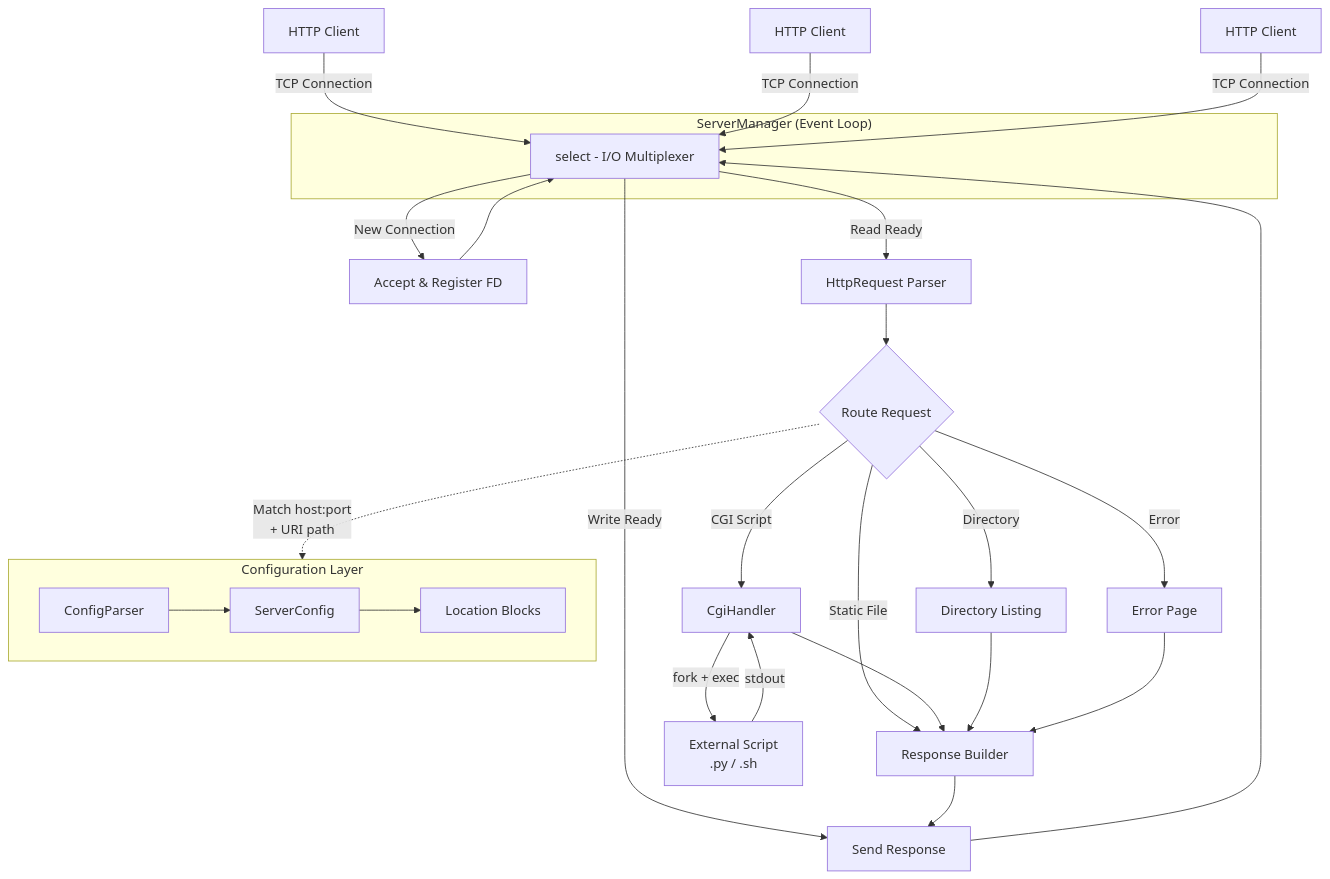
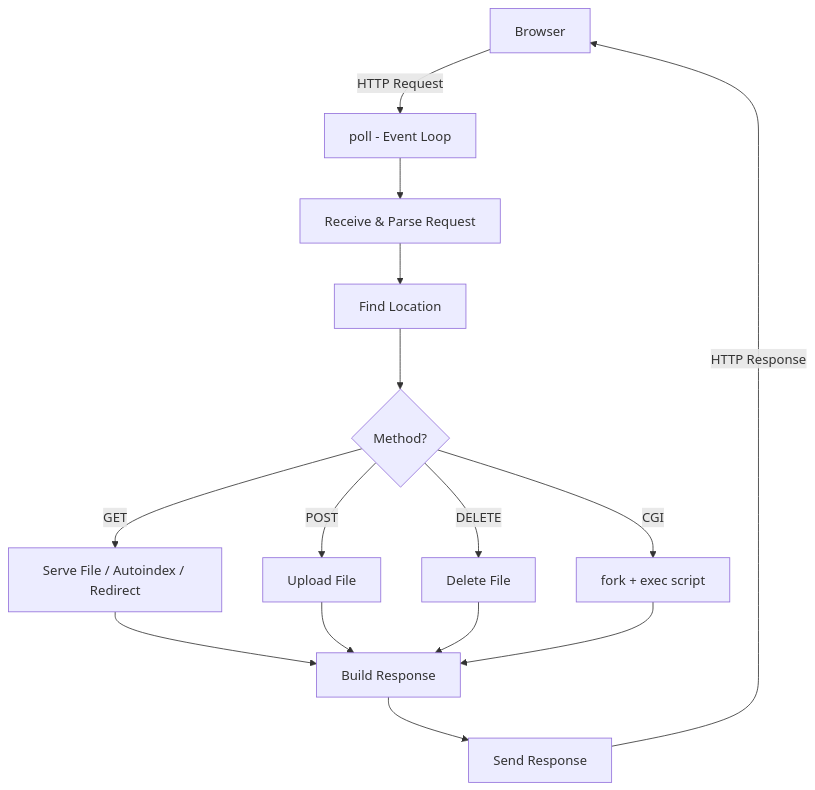
The first of 2 diagrams in README.md (huleonor/webserver), drawn with Mermaid before and after one commit. The commit also changed other lines of this file and 1 other file, not shown here.

````diff
--- a/README.md
+++ b/README.md
@@ -16,39 +24,18 @@
 ```mermaid
 flowchart TD
-    Client1[HTTP Client] -->|TCP Connection| SM
-    Client2[HTTP Client] -->|TCP Connection| SM
-    Client3[HTTP Client] -->|TCP Connection| SM
+    Browser[Browser] -->|HTTP Request| Poll
 
-    subgraph Server["ServerManager (Event Loop)"]
-        SM[select - I/O Multiplexer]
-    end
-
-    SM -->|New Connection| Accept[Accept & Register FD]
-    SM -->|Read Ready| Parse[HttpRequest Parser]
-    SM -->|Write Ready| Send[Send Response]
-
-    Accept --> SM
-
-    Parse --> Route{Route Request}
-
-    Route -->|Static File| Response[Response Builder]
-    Route -->|CGI Script| CGI[CgiHandler]
-    Route -->|Directory| DirList[Directory Listing]
-    Route -->|Error| ErrPage[Error Page]
-
-    CGI -->|fork + exec| Script[External Script\n.py / .sh]
-    Script -->|stdout| CGI
-
-    CGI --> Response
-    DirList --> Response
-    ErrPage --> Response
-    Response --> Send
-    Send --> SM
-
-    subgraph Config["Configuration Layer"]
-        CP[ConfigParser] --> SC[ServerConfig]
-        SC --> Loc[Location Blocks]
-    end
-
-    Route -.->|Match host:port\n+ URI path| Config
+    Poll[poll - Event Loop] --> Receive[Receive & Parse Request]
+    Receive --> Route[Find Location]
+    Route --> Method{Method?}
+    Method -->|GET| GET[Serve File / Autoindex / Redirect]
+    Method -->|POST| POST[Upload File]
+    Method -->|DELETE| DELETE[Delete File]
+    Method -->|CGI| CGI[fork + exec script]
+    GET --> Build[Build Response]
+    POST --> Build
+    DELETE --> Build
+    CGI --> Build
+    Build --> Send[Send Response]
+    Send -->|HTTP Response| Browser
 ```
````
